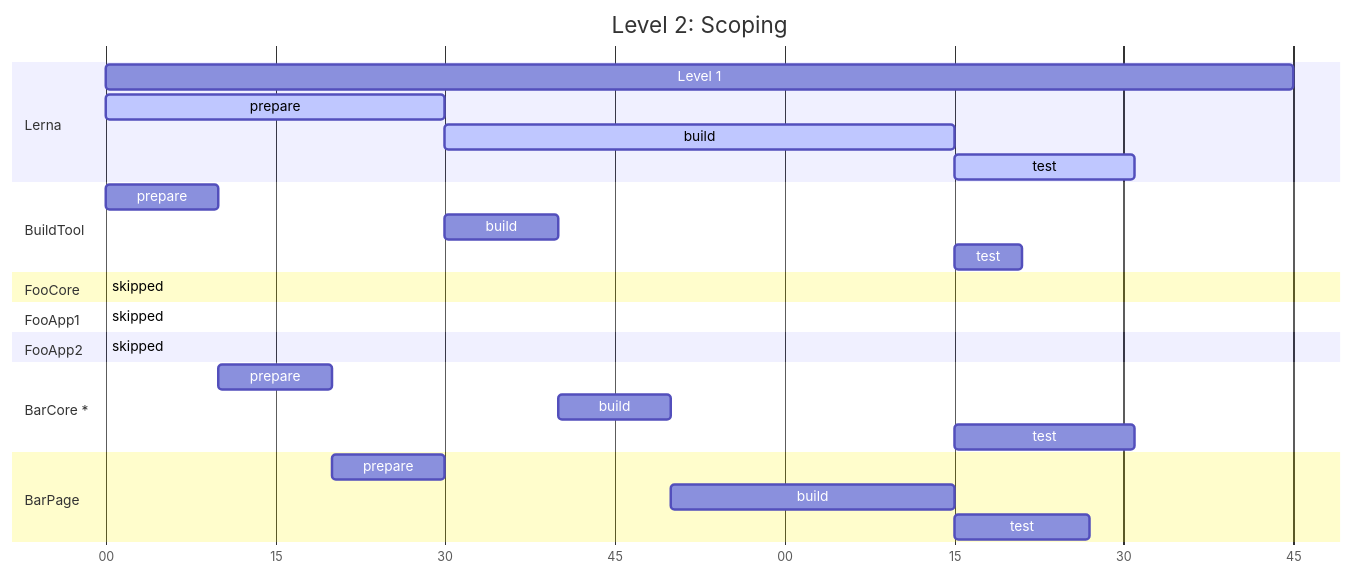
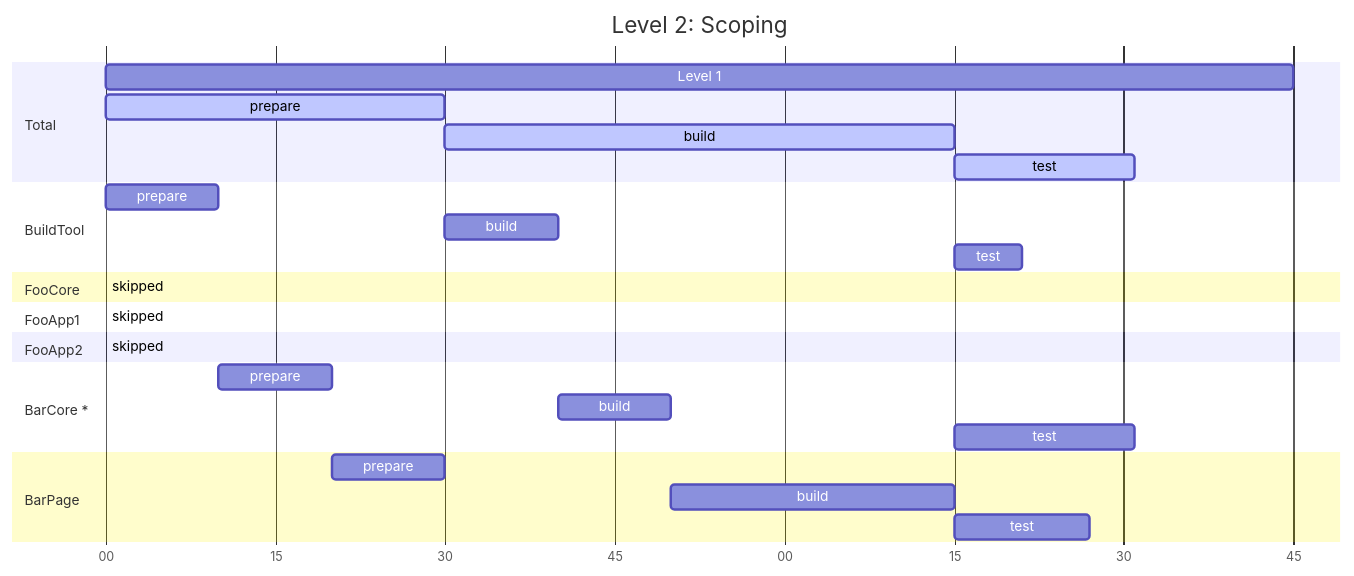
One commit to microsoft/lage changed the third of 5 diagrams in docs/guide/levels.md. Above: the diagram before and after it, drawn with Mermaid. The commit also changed other lines of this file, not shown here.

````diff
--- a/docs/guide/levels.md
+++ b/docs/guide/levels.md
@@ -73,37 +73,37 @@
 ```mermaid
 gantt
 	title Level 2: Scoping
 	dateFormat  s
   axisFormat  %S
 
-  section Lerna
+  section Total
 	Level 1: 0, 105s
-  prepare: active, lerna_prepare, 0, 30s
-	build  : active, lerna_build, after lerna_prepare, 45s
-  test  : active, lerna_test, after lerna_build, 16s
+  prepare: active, total_prepare, 0, 30s
+	build  : active, total_build, after total_prepare, 45s
+  test  : active, total_test, after total_build, 16s
 
 
 	section BuildTool
 	prepare: bt_prepare, 0, 10s
-	build  : bt_build, after lerna_prepare, 10s
-	test   : bt_test, after lerna_build, 6s
+	build  : bt_build, after total_prepare, 10s
+	test   : bt_test, after total_build, 6s
 
 	section FooCore
 	skipped: 0
 
   section FooApp1
 	skipped: 0
 
   section FooApp2
 	skipped: 0
 
   section BarCore *
 	prepare: bc_prepare, after bt_prepare, 10s
 	build: bc_build, after bt_build, 10s
-	test: bc_test, after lerna_build, 16s
+	test: bc_test, after total_build, 16s
 
   section BarPage
 	prepare: bp_prepare, after bc_prepare, 10s
 	build: bp_build, after bc_build, 25s
-	test: bp_test, after lerna_build, 12s
+	test: bp_test, after total_build, 12s
 ```
````
